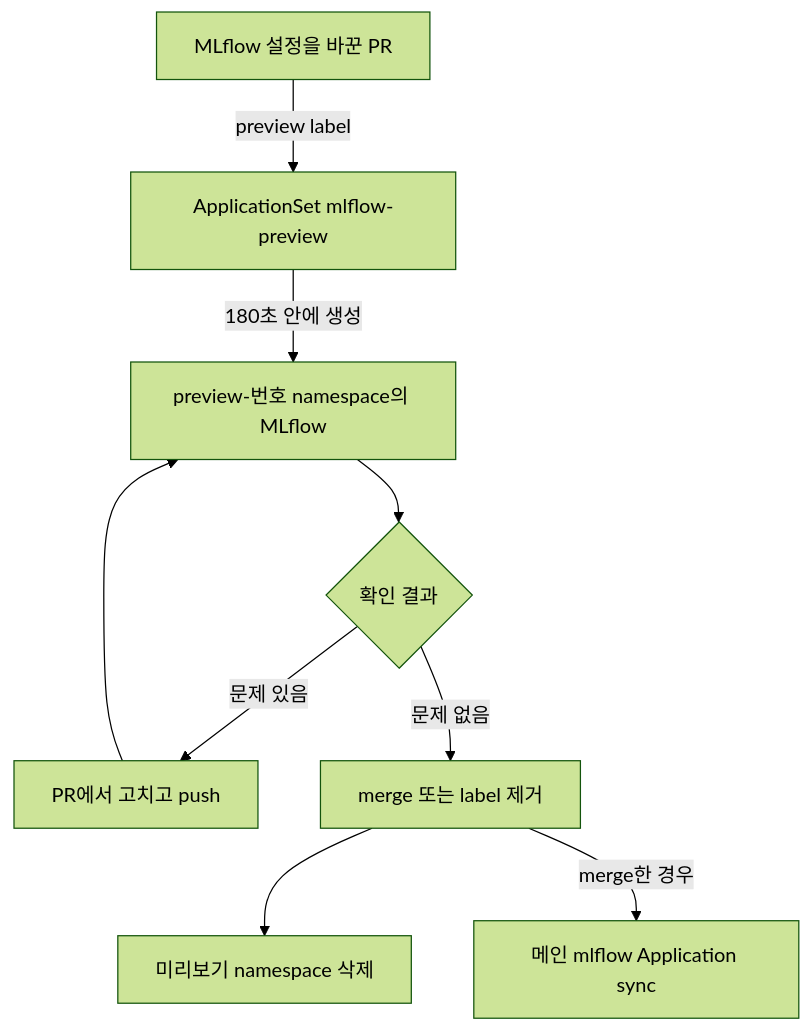
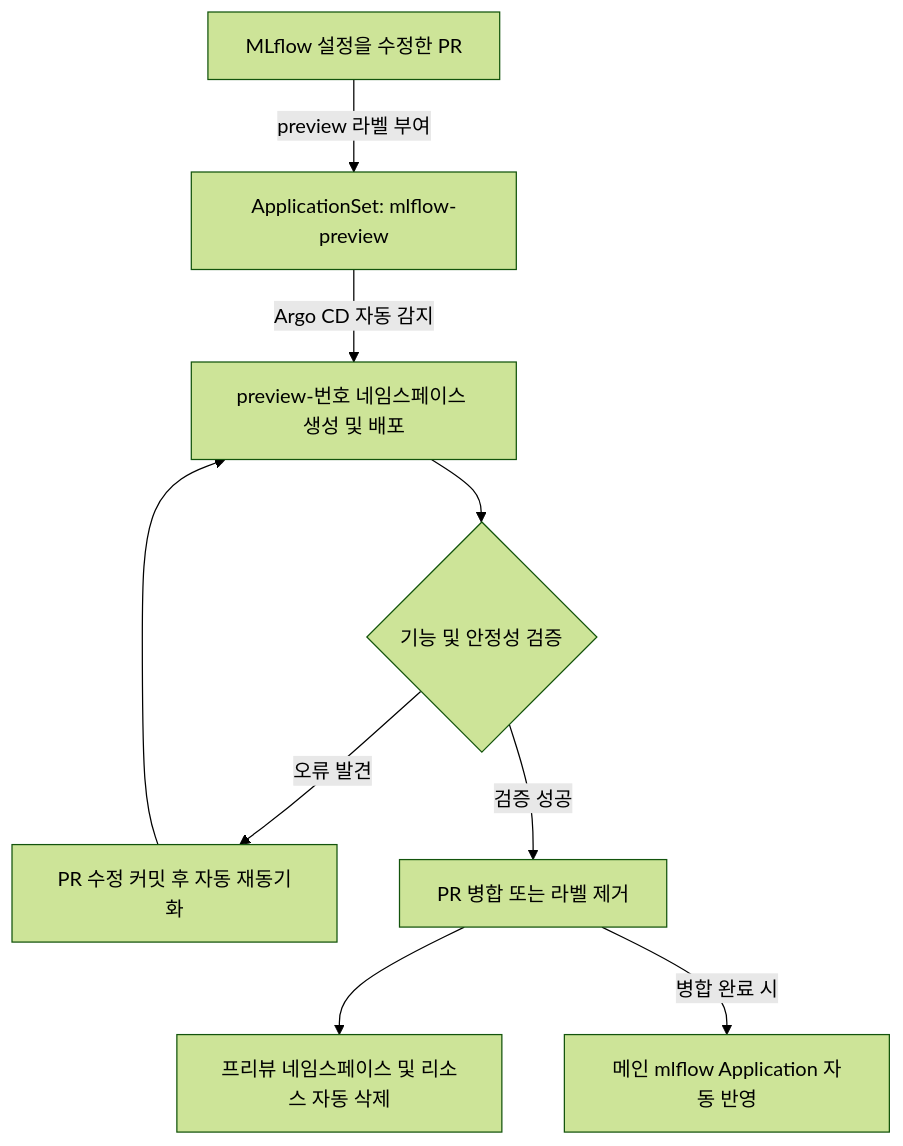
One commit to choisungwook/portfolio changed the diagram in mlops/ml-platform-engineering-part2/docs/4-lab0-pr-preview.md. Above: the diagram before and after it, drawn with Mermaid (forest theme). The commit also changed other lines of this file and 16 other files, not shown here.

````diff
--- a/mlops/ml-platform-engineering-part2/docs/4-lab0-pr-preview.md
+++ b/mlops/ml-platform-engineering-part2/docs/4-lab0-pr-preview.md
@@ -25,10 +23,10 @@
 ```mermaid
 flowchart TD
-  PR[MLflow 설정을 바꾼 PR] -->|preview label| AS[ApplicationSet mlflow-preview]
-  AS -->|180초 안에 생성| NS[preview-번호 namespace의 MLflow]
-  NS --> Check{확인 결과}
-  Check -->|문제 있음| Fix[PR에서 고치고 push] --> NS
-  Check -->|문제 없음| Merge[merge 또는 label 제거]
-  Merge --> Del[미리보기 namespace 삭제]
-  Merge -->|merge한 경우| Main[메인 mlflow Application sync]
+  PR[MLflow 설정을 수정한 PR] -->|preview 라벨 부여| AS[ApplicationSet: mlflow-preview]
+  AS -->|Argo CD 자동 감지| NS[preview-번호 네임스페이스 생성 및 배포]
+  NS --> Check{기능 및 안정성 검증}
+  Check -->|오류 발견| Fix[PR 수정 커밋 후 자동 재동기화] --> NS
+  Check -->|검증 성공| Merge[PR 병합 또는 라벨 제거]
+  Merge --> Del[프리뷰 네임스페이스 및 리소스 자동 삭제]
+  Merge -->|병합 완료 시| Main[메인 mlflow Application 자동 반영]
 ```
````
